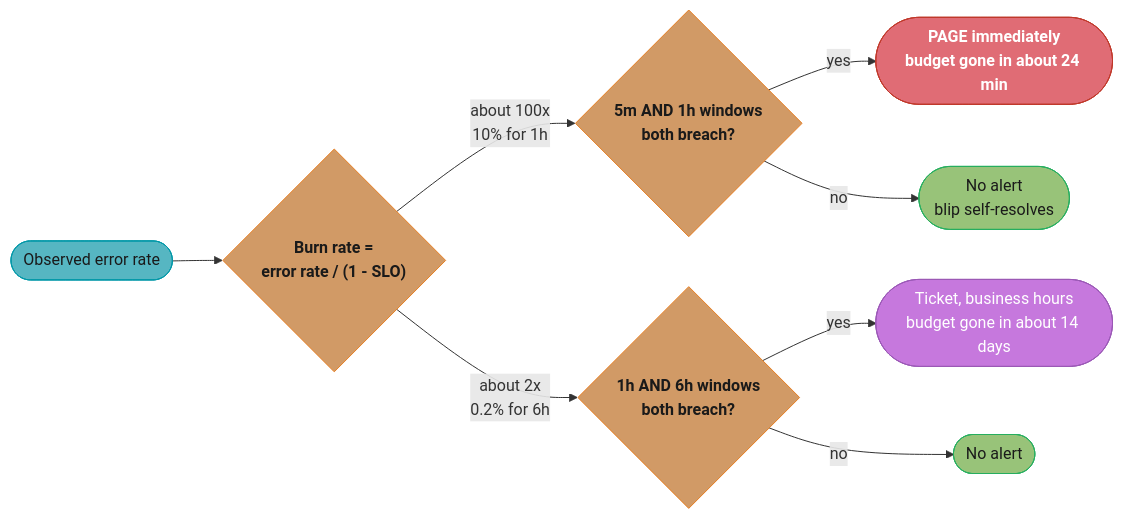
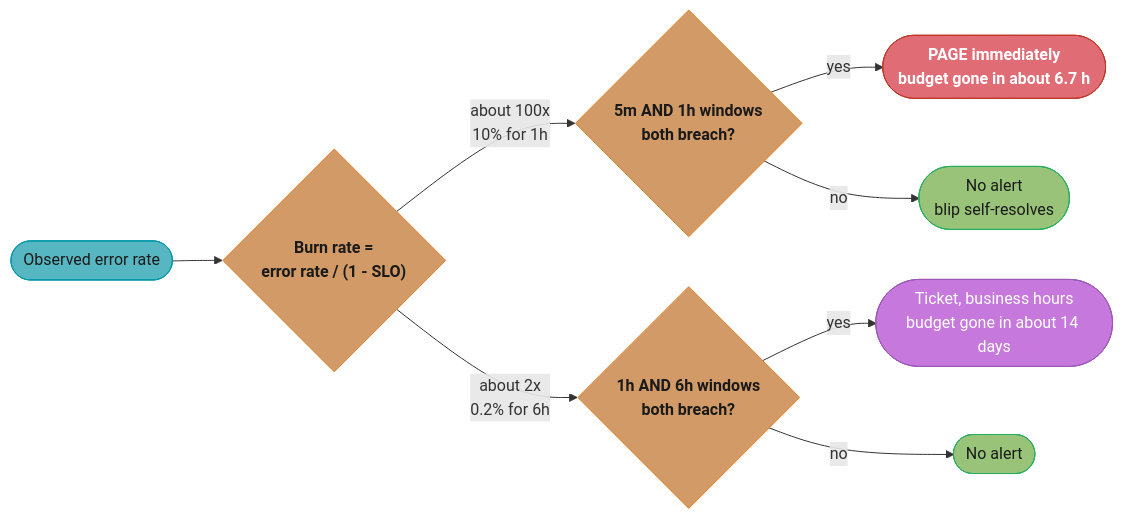
Before and after one commit to rppol/system-design: the sixth of 8 diagrams in src/main/java/com/rutik/systemdesign/hld/observability/README.md, drawn with Mermaid. The commit also changed other lines of this file and 90 other files, not shown here.

````diff
--- a/src/main/java/com/rutik/systemdesign/hld/observability/README.md
+++ b/src/main/java/com/rutik/systemdesign/hld/observability/README.md
@@ -270,26 +333,26 @@
 ```mermaid
 flowchart LR
     classDef io      fill:#61afef,stroke:#2e86c1,color:#1a1a1a,font-weight:bold
     classDef frozen  fill:#c678dd,stroke:#9b59b6,color:#fff
     classDef train   fill:#98c379,stroke:#27ae60,color:#1a1a1a
     classDef mathOp  fill:#d19a66,stroke:#e67e22,color:#1a1a1a,font-weight:bold
     classDef lossN   fill:#e06c75,stroke:#c0392b,color:#fff,font-weight:bold
     classDef req     fill:#56b6c2,stroke:#0097a7,color:#1a1a1a
     classDef base    fill:#e5c07b,stroke:#f39c12,color:#1a1a1a
 
     RATE(["Observed error rate"]) --> CALC{"Burn rate =<br/>error rate / (1 - SLO)"}
     CALC -->|"about 100x<br/>10% for 1h"| FAST{"5m AND 1h windows<br/>both breach?"}
     CALC -->|"about 2x<br/>0.2% for 6h"| SLOW{"1h AND 6h windows<br/>both breach?"}
-    FAST -->|"yes"| PAGE(["PAGE immediately<br/>budget gone in about 24 min"])
+    FAST -->|"yes"| PAGE(["PAGE immediately<br/>budget gone in about 6.7 h"])
     FAST -->|"no"| QUIET1(["No alert<br/>blip self-resolves"])
     SLOW -->|"yes"| TICKET(["Ticket, business hours<br/>budget gone in about 14 days"])
     SLOW -->|"no"| QUIET2(["No alert"])
 
     class RATE req
     class CALC mathOp
     class FAST mathOp
     class SLOW mathOp
     class PAGE lossN
     class TICKET frozen
     class QUIET1,QUIET2 train
 ```
````
